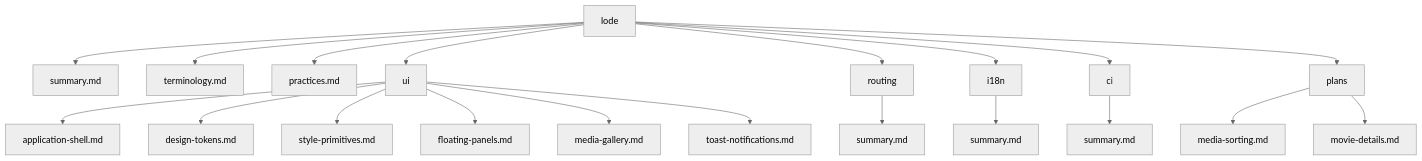
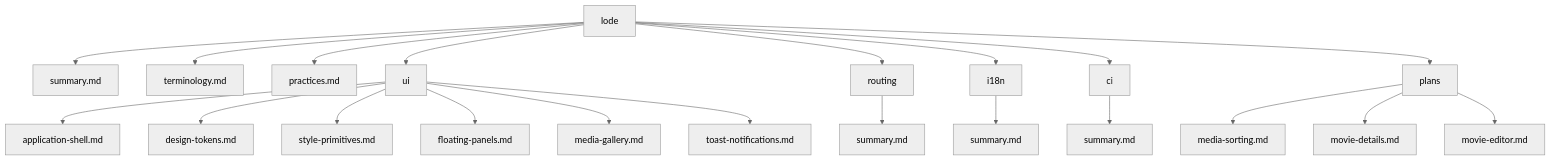
The diagram in lode/lode-map.md (Zwezh/media-shelf), drawn with Mermaid (neutral theme) before and after one commit. The commit also changed other lines of this file and 93 other files, not shown here.

Commit message:
feat(gallery): add movie editor and CRUD actions

````diff
--- a/lode/lode-map.md
+++ b/lode/lode-map.md
@@ -25,22 +26,23 @@
 ```mermaid
 flowchart TD
   Root[lode] --> Summary[summary.md]
   Root --> Terms[terminology.md]
   Root --> Practices[practices.md]
   Root --> UI[ui]
   UI --> UIShell[application-shell.md]
   UI --> UITokens[design-tokens.md]
   UI --> UIPrimitives[style-primitives.md]
   UI --> FloatingPanels[floating-panels.md]
   UI --> MediaGallery[media-gallery.md]
   UI --> Toasts[toast-notifications.md]
   Root --> Routing[routing]
   Routing --> RouteSummary[summary.md]
   Root --> I18n[i18n]
   I18n --> I18nSummary[summary.md]
   Root --> CI[ci]
   CI --> CISummary[summary.md]
   Root --> Plans[plans]
   Plans --> MediaSorting[media-sorting.md]
   Plans --> MovieDetails[movie-details.md]
+  Plans --> MovieEditor[movie-editor.md]
 ```
````
